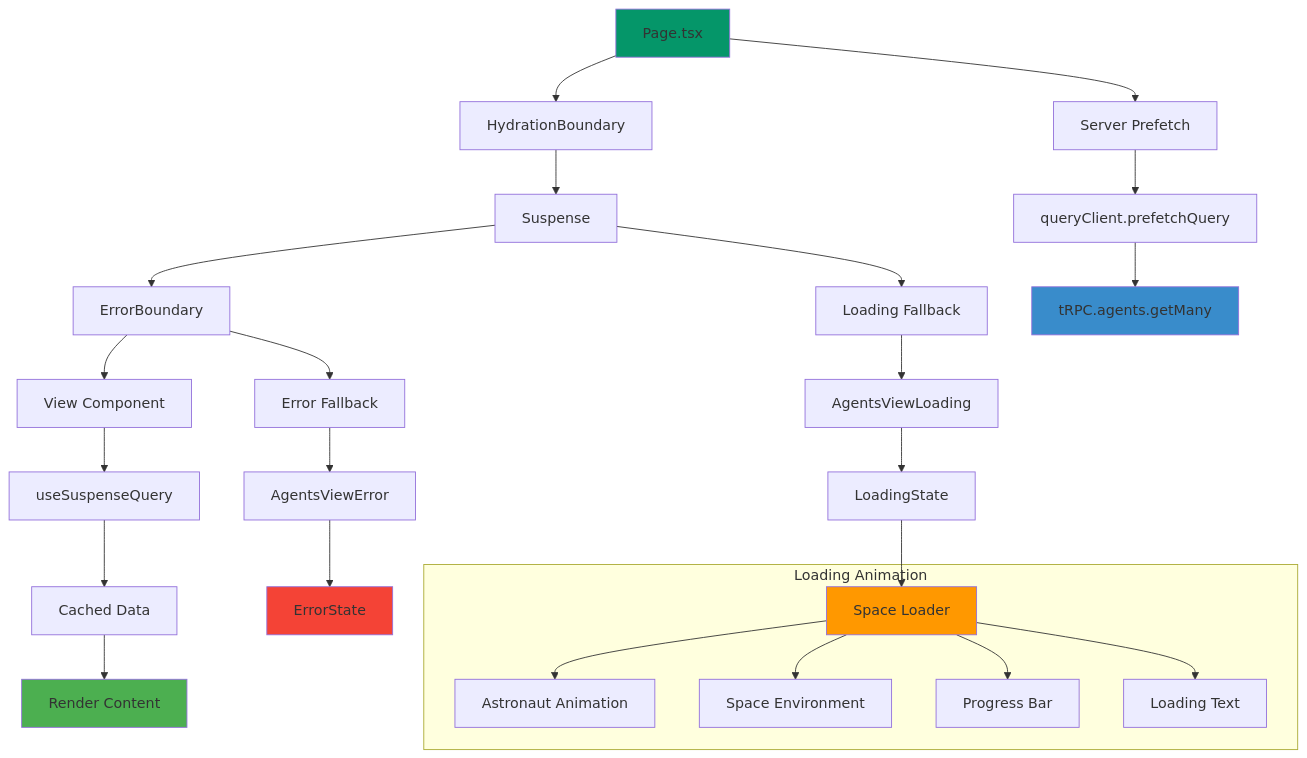
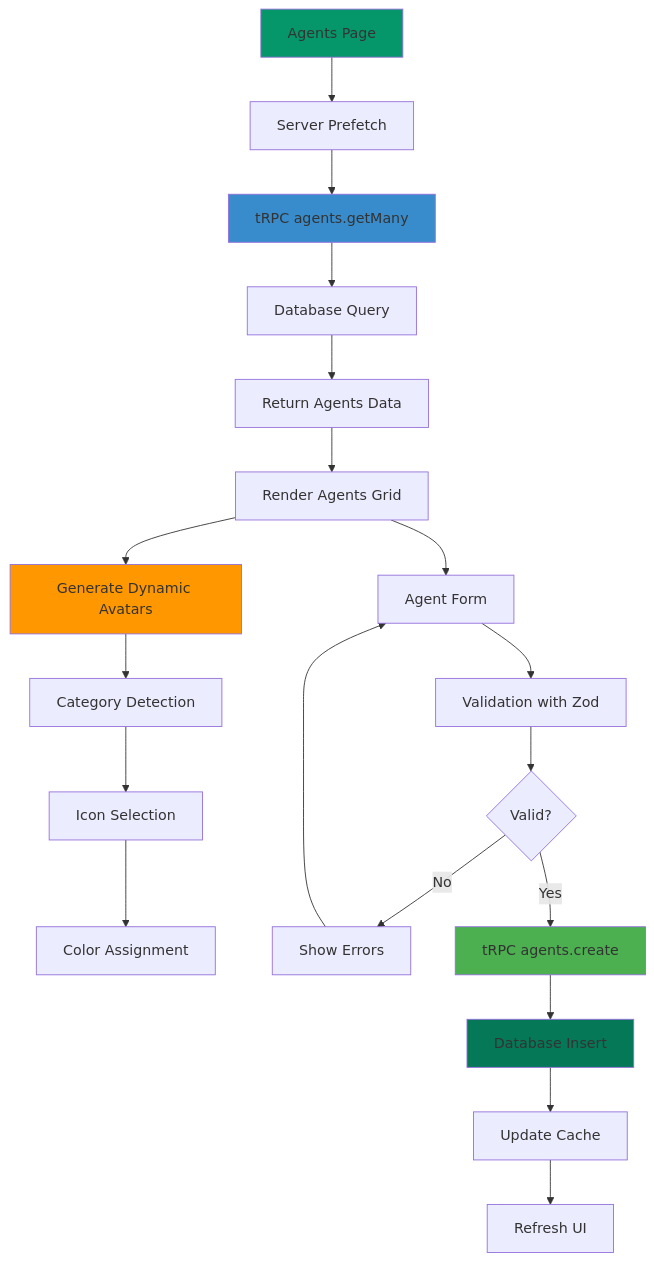
The fourth of 13 diagrams in README.md (felipesanchez-dev/agentesia), drawn with Mermaid before and after one commit. The commit also changed other lines of this file, not shown here.

````diff
--- a/README.md
+++ b/README.md
@@ -264,37 +271,31 @@
 ```mermaid
 flowchart TD
-    A[Page.tsx] --> B[HydrationBoundary]
-    B --> C[Suspense]
-    C --> D[ErrorBoundary]
-    D --> E[View Component]
+    A[Agents Page] --> B[Server Prefetch]
+    B --> C[tRPC agents.getMany]
+    C --> D[Database Query]
+    D --> E[Return Agents Data]
     
-    A --> F[Server Prefetch]
-    F --> G[queryClient.prefetchQuery]
-    G --> H[tRPC.agents.getMany]
+    E --> F[Render Agents Grid]
+    F --> G[Generate Dynamic Avatars]
+    G --> H[Category Detection]
+    H --> I[Icon Selection]
+    I --> J[Color Assignment]
     
-    C --> I[Loading Fallback]
-    I --> J[AgentsViewLoading]
-    J --> K[LoadingState]
-    K --> L[Space Loader]
+    F --> K[Agent Form]
+    K --> L[Validation with Zod]
+    L --> M{Valid?}
+    M -->|No| N[Show Errors]
+    M -->|Yes| O[tRPC agents.create]
     
-    D --> M[Error Fallback]
-    M --> N[AgentsViewError]
-    N --> O[ErrorState]
+    O --> P[Database Insert]
+    P --> Q[Update Cache]
+    Q --> R[Refresh UI]
     
-    E --> P[useSuspenseQuery]
-    P --> Q[Cached Data]
-    Q --> R[Render Content]
-    
-    subgraph "Loading Animation"
-        L --> L1[Astronaut Animation]
-        L --> L2[Space Environment]
-        L --> L3[Progress Bar]
-        L --> L4[Loading Text]
-    end
+    N --> K
     
     style A fill:#059669
-    style H fill:#398CCB
-    style L fill:#ff9800
-    style O fill:#f44336
-    style R fill:#4caf50
+    style C fill:#398CCB
+    style G fill:#ff9800
+    style O fill:#4caf50
+    style P fill:#047857
 ```
````
